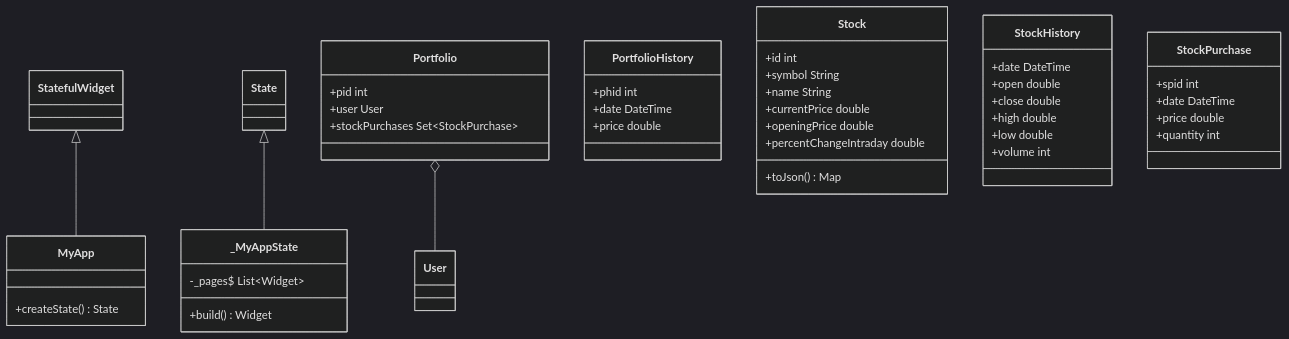
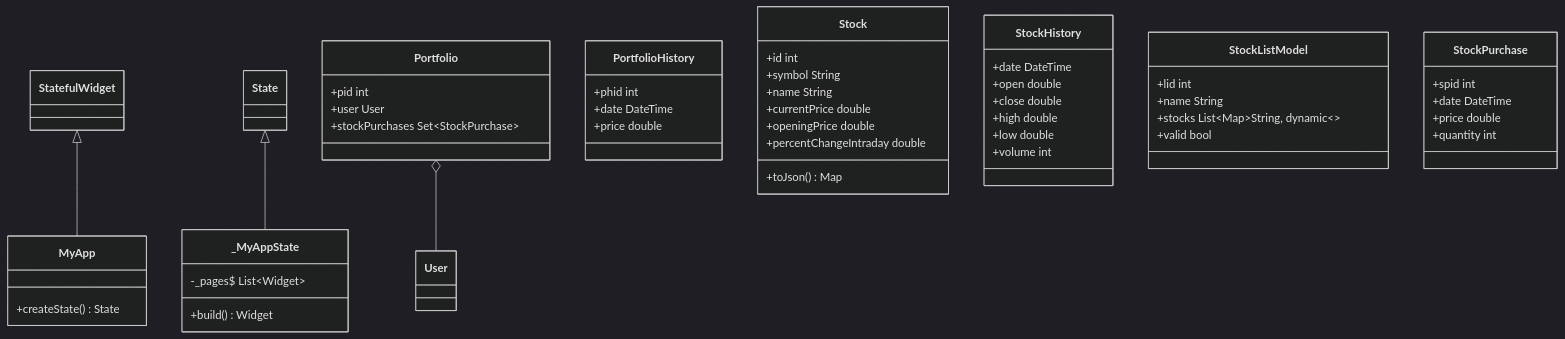
One commit to rednas-source/ExpensesApp changed the diagram in README.md. Above: the diagram before and after it, drawn with Mermaid (dark theme).

````diff
--- a/README.md
+++ b/README.md
@@ -21,46 +21,52 @@
 ```mermaid
 classDiagram
 class MyApp
 MyApp : +createState() State<MyApp>
 StatefulWidget <|-- MyApp
 
 class _MyAppState
 _MyAppState : -_pages$ List~Widget~
 _MyAppState : +build() Widget
 State <|-- _MyAppState
 
 class Portfolio
 Portfolio : +pid int
 Portfolio : +user User
 Portfolio o-- User
 Portfolio : +stockPurchases Set~StockPurchase~
 
 class PortfolioHistory
 PortfolioHistory : +phid int
 PortfolioHistory : +date DateTime
 PortfolioHistory : +price double
 
 class Stock
 Stock : +id int
 Stock : +symbol String
 Stock : +name String
 Stock : +currentPrice double
 Stock : +openingPrice double
 Stock : +percentChangeIntraday double
 Stock : +toJson() Map<String, dynamic>
 
 class StockHistory
 StockHistory : +date DateTime
 StockHistory : +open double
 StockHistory : +close double
 StockHistory : +high double
 StockHistory : +low double
 StockHistory : +volume int
 
+class StockListModel
+StockListModel : +lid int
+StockListModel : +name String
+StockListModel : +stocks List~Map~String, dynamic~~
+StockListModel : +valid bool
+
 class StockPurchase
 StockPurchase : +spid int
 StockPurchase : +date DateTime
 StockPurchase : +price double
 StockPurchase : +quantity int
 
 ```
````
